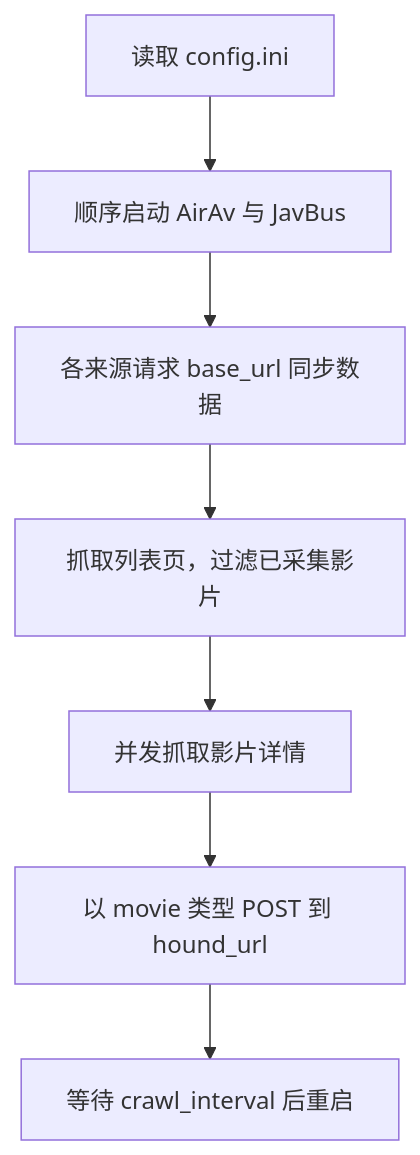
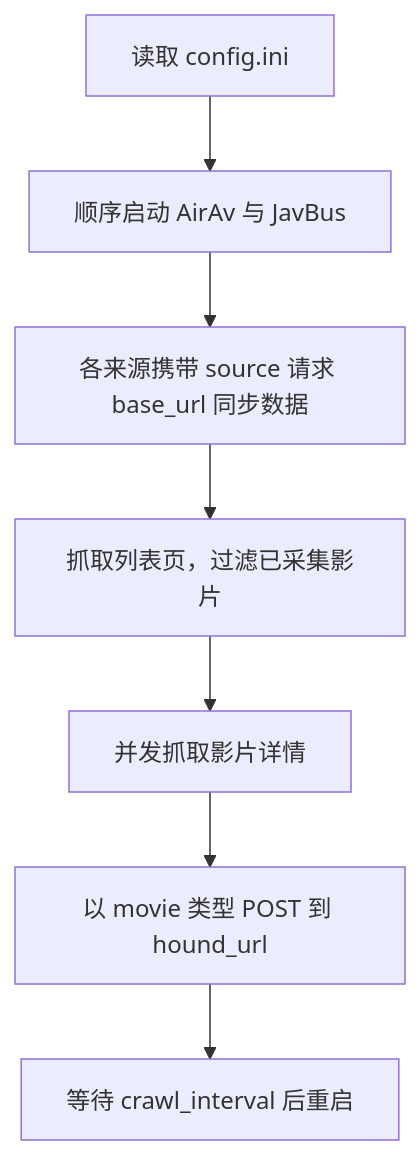
Before and after one commit to shannan1989/awesome-python: the diagram in wiki/crawler/av-spider.md, drawn with Mermaid. The commit also changed other lines of this file and 4 other files, not shown here.

````diff
--- a/wiki/crawler/av-spider.md
+++ b/wiki/crawler/av-spider.md
@@ -23,9 +23,9 @@
 ```mermaid
 flowchart TD
     A[读取 config.ini] --> B[顺序启动 AirAv 与 JavBus]
-    B --> C[各来源请求 base_url 同步数据]
+    B --> C[各来源携带 source 请求 base_url 同步数据]
     C --> D[抓取列表页，过滤已采集影片]
     D --> E[并发抓取影片详情]
     E --> F[以 movie 类型 POST 到 hound_url]
     F --> G[等待 crawl_interval 后重启]
 ```
````
